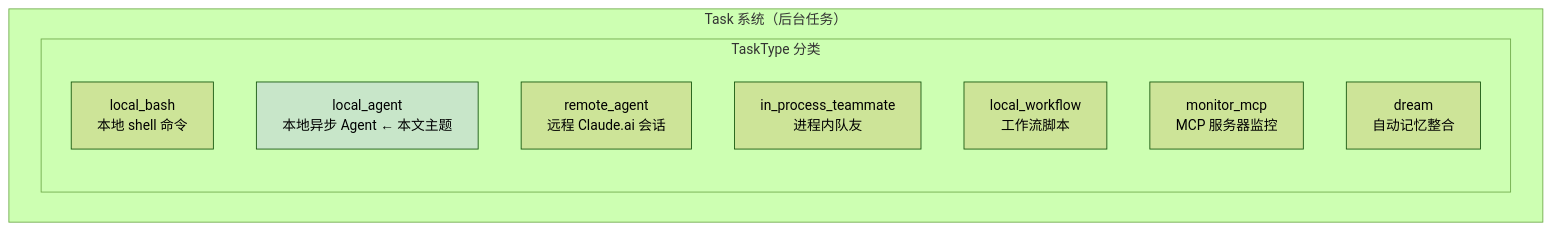
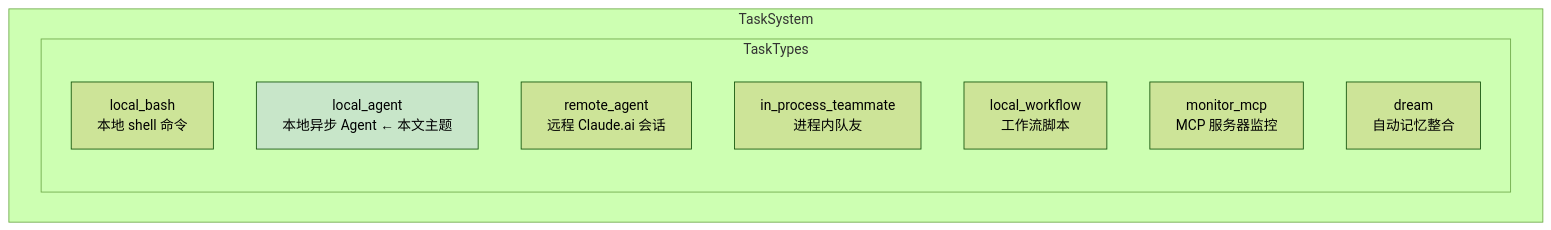
Before and after one commit to platootalp/harness-code: the first of 15 diagrams in harness/docs/deep/AGENT-SYSTEM.md, drawn with Mermaid (forest theme). The commit also changed other lines of this file and 8 other files, not shown here.

First line of the commit message:
docs: review and fix docs/deep/ accuracy and mermaid rendering

````diff
--- a/harness/docs/deep/AGENT-SYSTEM.md
+++ b/harness/docs/deep/AGENT-SYSTEM.md
@@ -41,16 +41,16 @@
 ```mermaid
 flowchart TD
-    subgraph TaskSystem["Task 系统（后台任务）"]
-        subgraph TaskTypes["TaskType 分类"]
+    subgraph TaskSystem
+        subgraph TaskTypes
             TB["local_bash<br/>本地 shell 命令"]
             TA["local_agent<br/>本地异步 Agent ← 本文主题"]
             TR["remote_agent<br/>远程 Claude.ai 会话"]
             TT["in_process_teammate<br/>进程内队友"]
             TW["local_workflow<br/>工作流脚本"]
             TM["monitor_mcp<br/>MCP 服务器监控"]
             TD["dream<br/>自动记忆整合"]
         end
     end
 
     style TA fill:#c8e6c9
 ```
````
